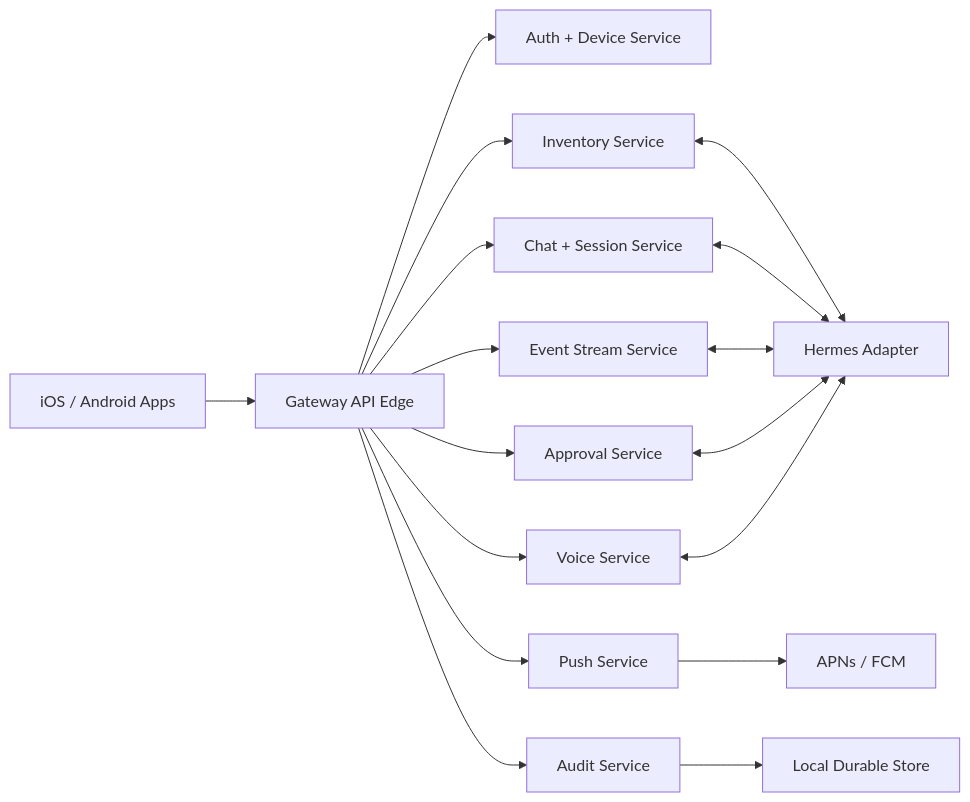
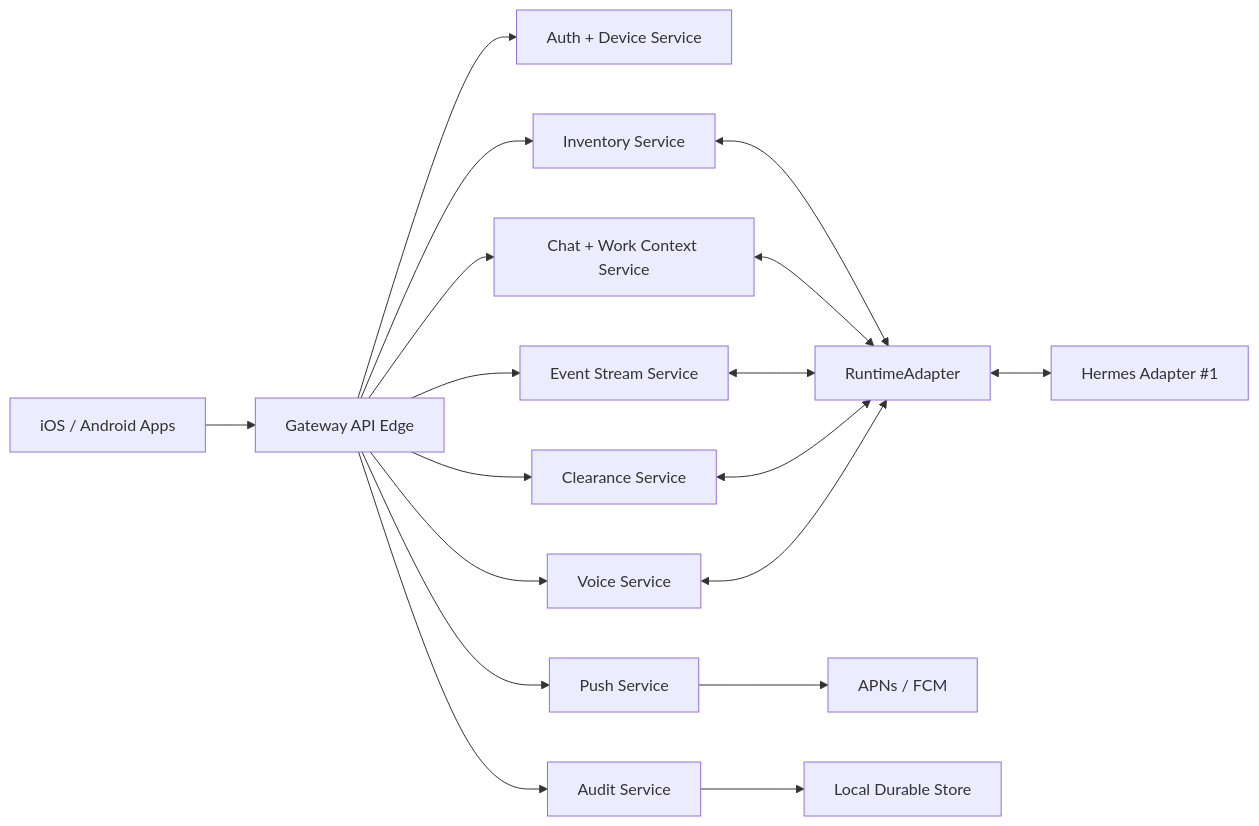
The diagram in docs/architecture/service-boundaries.md (MahdiHedhli/HermesMobileCommand), drawn with Mermaid before and after one commit. The commit also changed other lines of this file and 40 other files, not shown here.

````diff
--- a/docs/architecture/service-boundaries.md
+++ b/docs/architecture/service-boundaries.md
@@ -9,20 +12,21 @@
 ```mermaid
 flowchart LR
   Mobile["iOS / Android Apps"] --> API["Gateway API Edge"]
   API --> Auth["Auth + Device Service"]
   API --> Inventory["Inventory Service"]
-  API --> Chat["Chat + Session Service"]
+  API --> Chat["Chat + Work Context Service"]
   API --> Events["Event Stream Service"]
-  API --> Approvals["Approval Service"]
+  API --> Clearances["Clearance Service"]
   API --> Push["Push Service"]
   API --> Voice["Voice Service"]
   API --> Audit["Audit Service"]
 
-  Inventory <--> HermesAdapter["Hermes Adapter"]
-  Chat <--> HermesAdapter
-  Events <--> HermesAdapter
-  Approvals <--> HermesAdapter
-  Voice <--> HermesAdapter
+  Inventory <--> RuntimeAdapter["RuntimeAdapter"]
+  Chat <--> RuntimeAdapter
+  Events <--> RuntimeAdapter
+  Clearances <--> RuntimeAdapter
+  Voice <--> RuntimeAdapter
+  RuntimeAdapter <--> HermesAdapter["Hermes Adapter #1"]
   Push --> Providers["APNs / FCM"]
   Audit --> Store["Local Durable Store"]
 ```
````
